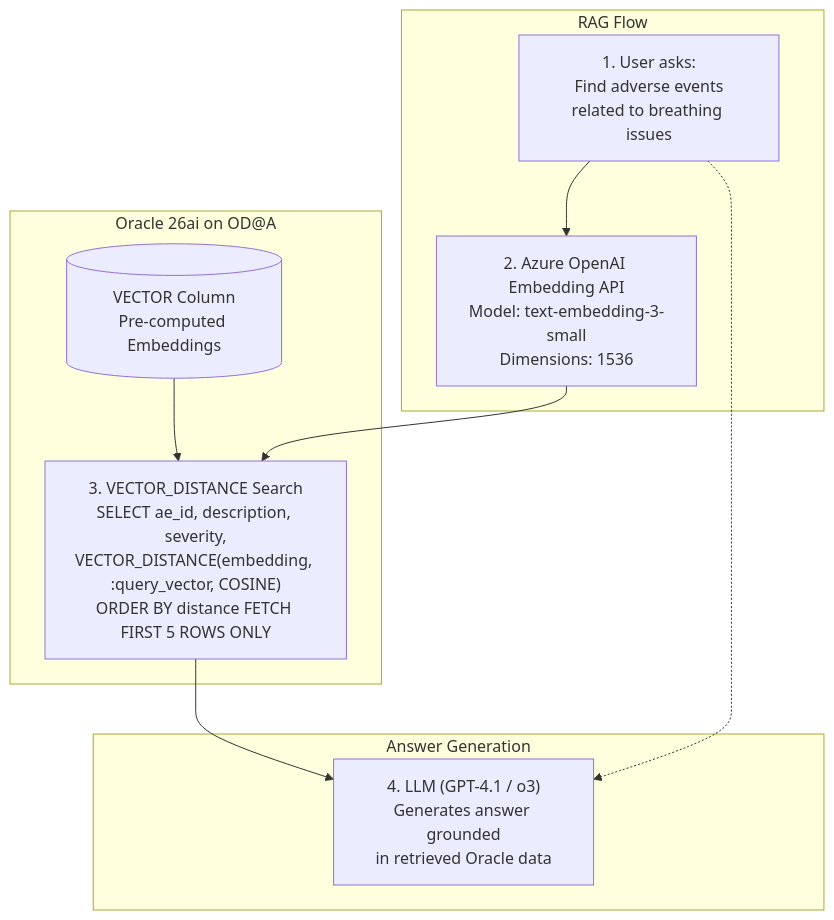
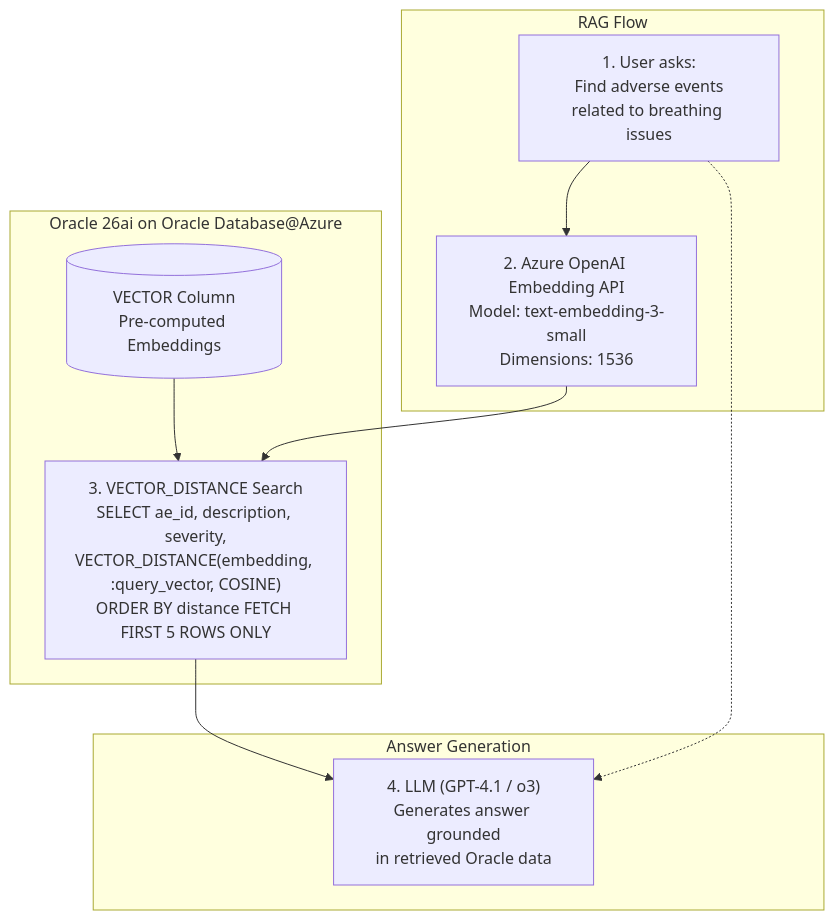
One commit to ryellajo12/ODAA-AI-Playbook changed the second of 9 diagrams in docs/04-path2-foundry-agents.md. Above: the diagram before and after it, drawn with Mermaid. The commit also changed other lines of this file and 10 other files, not shown here.

Commit message:
Replace 23ai with 26ai, OD@A with Oracle Database@Azure, renumber patterns 1-7, delete ords-ai-tool-layer.md

````diff
--- a/docs/04-path2-foundry-agents.md
+++ b/docs/04-path2-foundry-agents.md
@@ -134,22 +134,22 @@
 ```mermaid
 graph TB
     subgraph RAG["RAG Flow"]
         Q["1. User asks:<br/>Find adverse events<br/>related to breathing issues"]
         EMB["2. Azure OpenAI Embedding API<br/>Model: text-embedding-3-small<br/>Dimensions: 1536"]
     end
 
-    subgraph Oracle26ai["Oracle 26ai on OD@A"]
+    subgraph Oracle26ai["Oracle 26ai on Oracle Database@Azure"]
         SEARCH["3. VECTOR_DISTANCE Search<br/>SELECT ae_id, description, severity,<br/>VECTOR_DISTANCE(embedding, :query_vector, COSINE)<br/>ORDER BY distance FETCH FIRST 5 ROWS ONLY"]
         VDATA[("VECTOR Column<br/>Pre-computed Embeddings")]
     end
 
     subgraph Answer["Answer Generation"]
         LLM["4. LLM (GPT-4.1 / o3)<br/>Generates answer grounded<br/>in retrieved Oracle data"]
     end
 
     Q --> EMB
     EMB --> SEARCH
     VDATA --> SEARCH
     SEARCH --> LLM
     Q -.-> LLM
 ```
````
